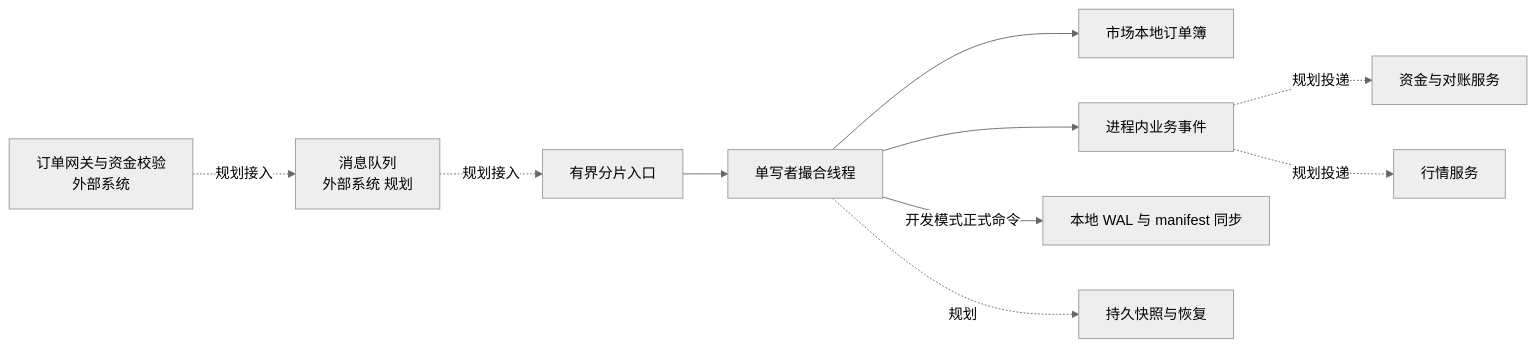
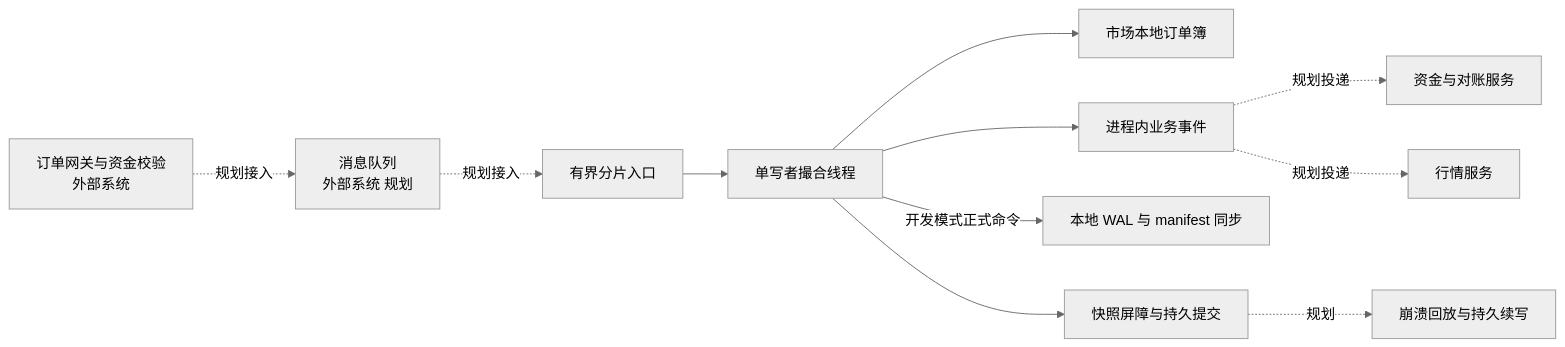
The diagram in README.md (YANSHAO0032/tide-matching-engine), drawn with Mermaid (neutral theme) before and after one commit. The commit also changed other lines of this file and 45 other files, not shown here.

````diff
--- a/README.md
+++ b/README.md
@@ -26,12 +26,13 @@
 ```mermaid
 flowchart LR
     G[订单网关与资金校验<br/>外部系统] -. 规划接入 .-> Q[消息队列<br/>外部系统 规划]
     Q -. 规划接入 .-> R[有界分片入口]
     R --> S[单写者撮合线程]
     S --> B[市场本地订单簿]
     S --> E[进程内业务事件]
     S -->|开发模式正式命令| W[本地 WAL 与 manifest 同步]
-    S -. 规划 .-> P[持久快照与恢复]
+    S --> P[快照屏障与持久提交]
+    P -. 规划 .-> H[崩溃回放与持久续写]
     E -. 规划投递 .-> F[资金与对账服务]
     E -. 规划投递 .-> M[行情服务]
 ```
````
